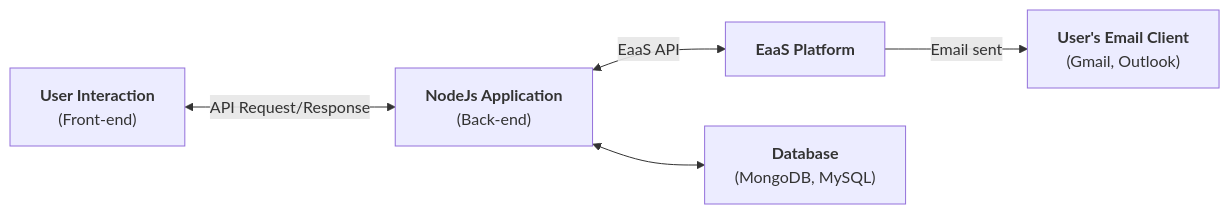
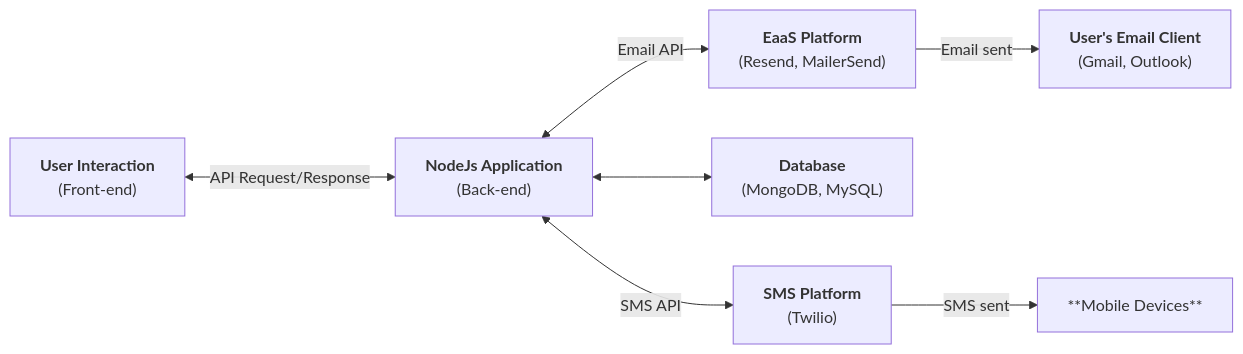
Before and after one commit to ngkhang-learning/email-and-sms-service-nodejs: the diagram in README.md, drawn with Mermaid. The commit also changed other lines of this file, not shown here.

````diff
--- a/README.md
+++ b/README.md
@@ -24,21 +28,29 @@
 ```mermaid
 flowchart LR
   FE["`**User Interaction**
     (Front-end)
   `"]
   BE["`**NodeJs Application**
     (Back-end)
   `"]
-  EAAS["`**EaaS Platform**`"]
+  EAAS["`**EaaS Platform**
+    (Resend, MailerSend)
+  `"]
   DB["`**Database**
     (MongoDB, MySQL)
   `"]
   EMAIL["`**User's Email Client**
     (Gmail, Outlook)
   `"]
+  SMS["`**SMS Platform**
+    (Twilio)
+  `"]
+  SMS_USER["**Mobile Devices**"]
 
   FE <-- API Request/Response --> BE
-  BE <-- EaaS API --> EAAS
+  BE <-- Email API --> EAAS
+  BE <-- SMS API--> SMS
   BE <--> DB
   EAAS -- Email sent --> EMAIL
+  SMS -- SMS sent --> SMS_USER
 ```
````
